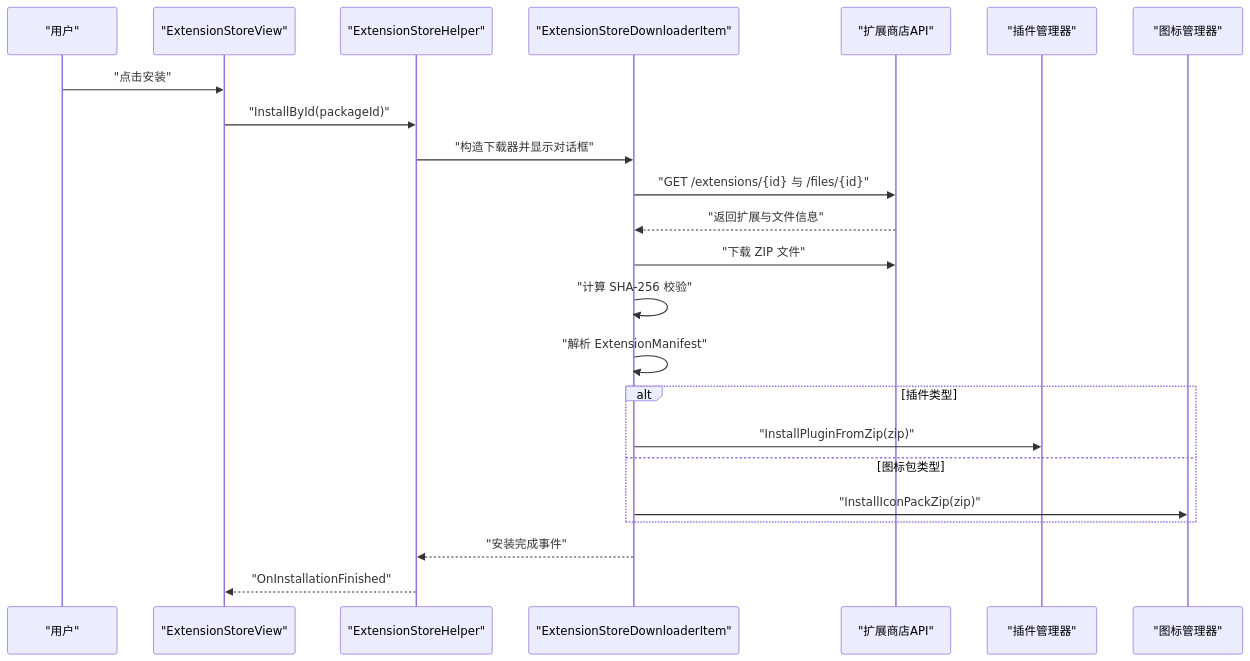
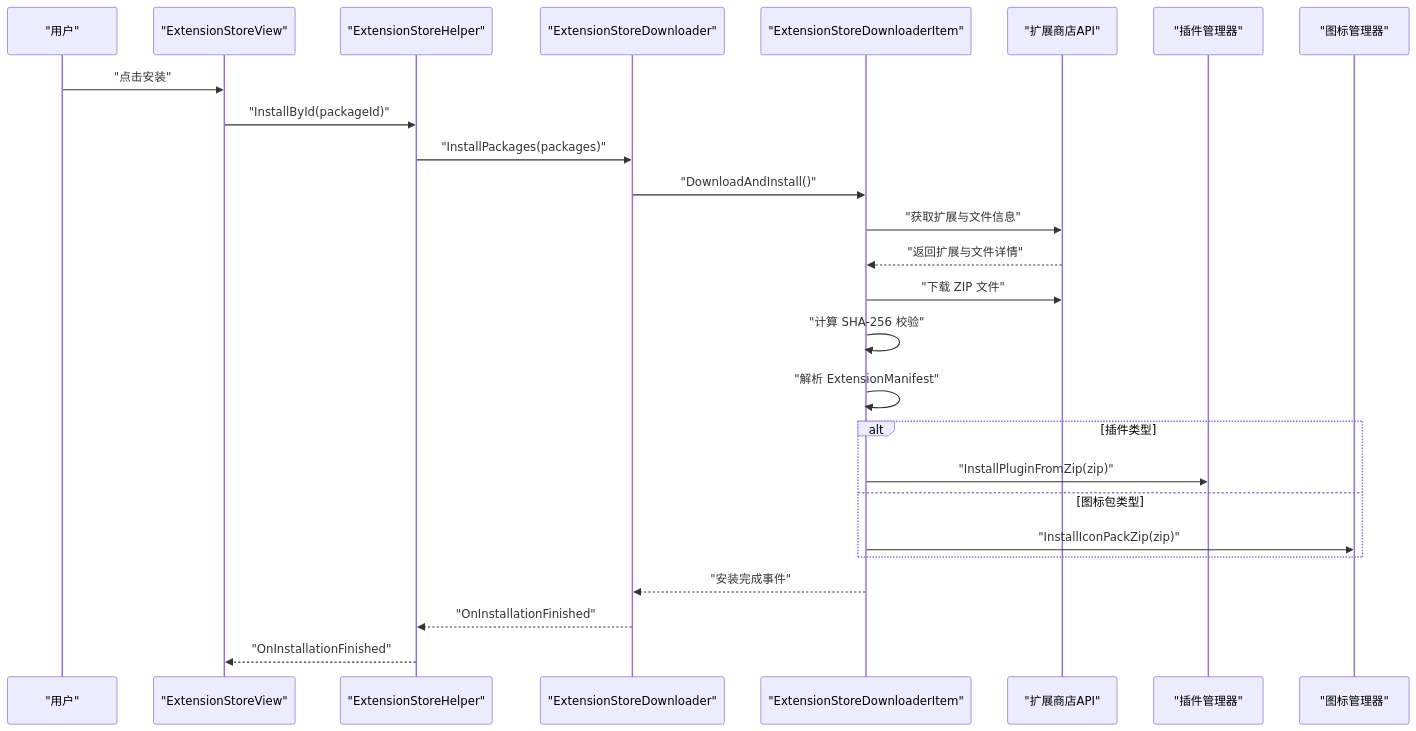
The second of 11 diagrams in .qoder/repowiki/zh/content/扩展商店/扩展商店.md (tea4go/Macro-Deck), drawn with Mermaid before and after one commit. The commit also changed other lines of this file and 33 other files, not shown here.

````diff
--- a/.qoder/repowiki/zh/content/扩展商店/扩展商店.md
+++ b/.qoder/repowiki/zh/content/扩展商店/扩展商店.md
@@ -129,25 +150,28 @@
 ```mermaid
 sequenceDiagram
 participant U as "用户"
 participant VS as "ExtensionStoreView"
 participant HS as "ExtensionStoreHelper"
-participant DL as "ExtensionStoreDownloaderItem"
+participant DL as "ExtensionStoreDownloader"
+participant DI as "ExtensionStoreDownloaderItem"
 participant API as "扩展商店API"
 participant PM as "插件管理器"
 participant IM as "图标管理器"
 U->>VS : "点击安装"
 VS->>HS : "InstallById(packageId)"
-HS->>DL : "构造下载器并显示对话框"
-DL->>API : "GET /extensions/{id} 与 /files/{id}"
-API-->>DL : "返回扩展与文件信息"
-DL->>API : "下载 ZIP 文件"
-DL->>DL : "计算 SHA-256 校验"
-DL->>DL : "解析 ExtensionManifest"
+HS->>DL : "InstallPackages(packages)"
+DL->>DI : "DownloadAndInstall()"
+DI->>API : "获取扩展与文件信息"
+API-->>DI : "返回扩展与文件详情"
+DI->>API : "下载 ZIP 文件"
+DI->>DI : "计算 SHA-256 校验"
+DI->>DI : "解析 ExtensionManifest"
 alt 插件类型
-DL->>PM : "InstallPluginFromZip(zip)"
+DI->>PM : "InstallPluginFromZip(zip)"
 else 图标包类型
-DL->>IM : "InstallIconPackZip(zip)"
+DI->>IM : "InstallIconPackZip(zip)"
 end
-DL-->>HS : "安装完成事件"
+DI-->>DL : "安装完成事件"
+DL-->>HS : "OnInstallationFinished"
 HS-->>VS : "OnInstallationFinished"
 ```
````
